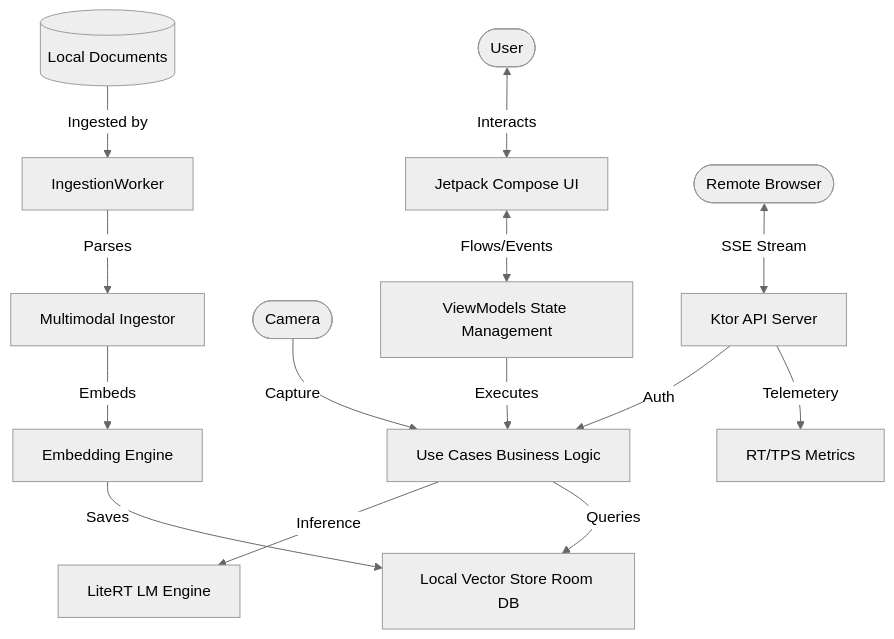
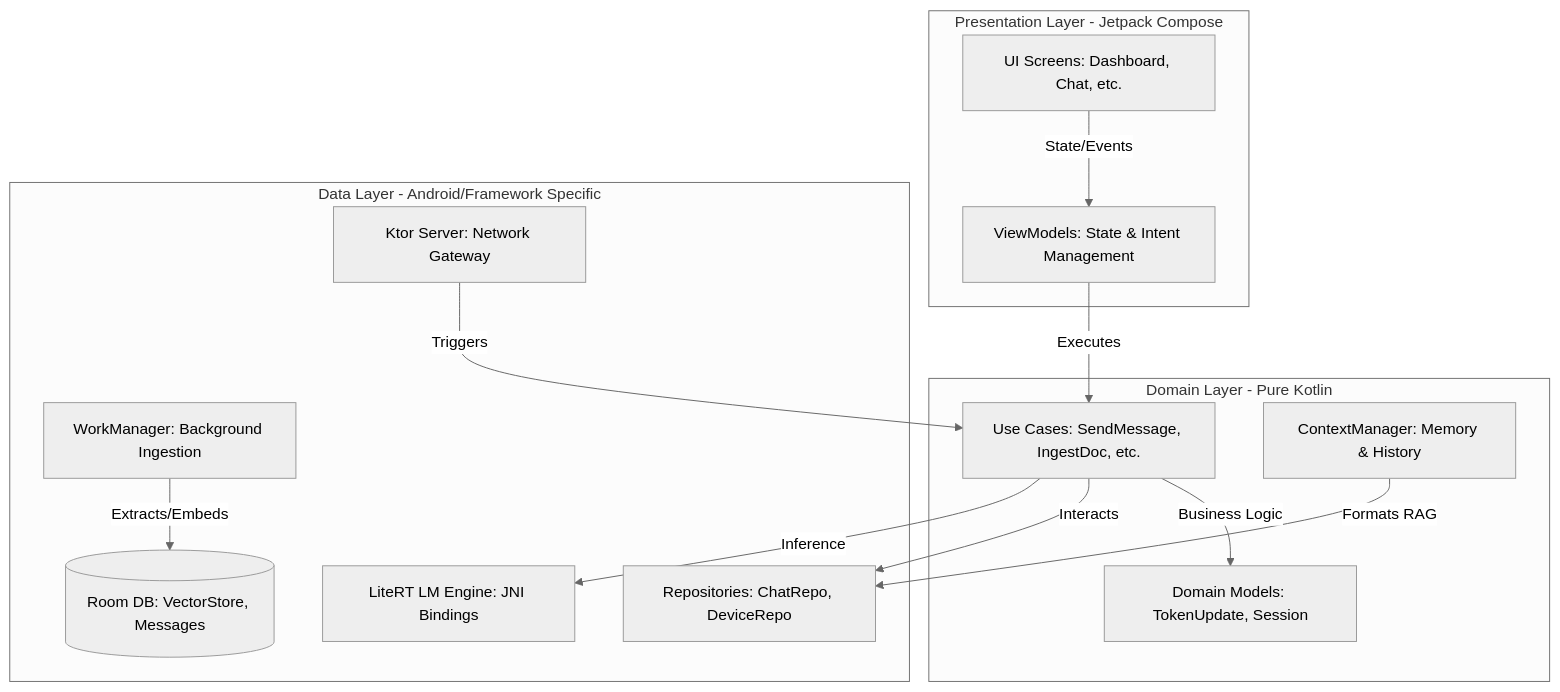
The first of 5 diagrams in README.md (kallolchakraborty/Chhanda-AI), drawn with Mermaid (neutral theme) before and after one commit. The commit also changed other lines of this file, not shown here.

Commit message:
Docs: Comprehensive README update with extreme details, LLD diagrams, and project philosophy

````diff
--- a/README.md
+++ b/README.md
@@ -24,18 +59,30 @@
 ```mermaid
 graph TD
-    User([User]) <-->|Interacts| UI[Jetpack Compose UI]
-    UI <-->|Flows/Events| VM[ViewModels State Management]
-    VM -->|Executes| UC[Use Cases Business Logic]
-    UC -->|Queries| VS[Local Vector Store Room DB]
-    UC -->|Inference| LE[LiteRT LM Engine]
-    
-    Camera([Camera]) -->|Capture| UC
-    Docs[(Local Documents)] -->|Ingested by| IW[IngestionWorker]
-    IW -->|Parses| MI[Multimodal Ingestor]
-    MI -->|Embeds| EE[Embedding Engine]
-    EE -->|Saves| VS
-    
-    RemoteUser([Remote Browser]) <-->|SSE Stream| KS[Ktor API Server]
-    KS -->|Telemetery| RT[RT/TPS Metrics]
-    KS -->|Auth| UC
+    subgraph Presentation Layer [Presentation Layer - Jetpack Compose]
+        UI[UI Screens: Dashboard, Chat, etc.]
+        VM[ViewModels: State & Intent Management]
+    end
+
+    subgraph Domain Layer [Domain Layer - Pure Kotlin]
+        UC[Use Cases: SendMessage, IngestDoc, etc.]
+        MOD[Domain Models: TokenUpdate, Session]
+        CM[ContextManager: Memory & History]
+    end
+
+    subgraph Data Layer [Data Layer - Android/Framework Specific]
+        REP[Repositories: ChatRepo, DeviceRepo]
+        DB[(Room DB: VectorStore, Messages)]
+        LRT[LiteRT LM Engine: JNI Bindings]
+        KTOR[Ktor Server: Network Gateway]
+        WRK[WorkManager: Background Ingestion]
+    end
+
+    UI -->|State/Events| VM
+    VM -->|Executes| UC
+    UC -->|Business Logic| MOD
+    UC -->|Interacts| REP
+    CM -->|Formats RAG| REP
+    UC -->|Inference| LRT
+    KTOR -->|Triggers| UC
+    WRK -->|Extracts/Embeds| DB
 ```
````
